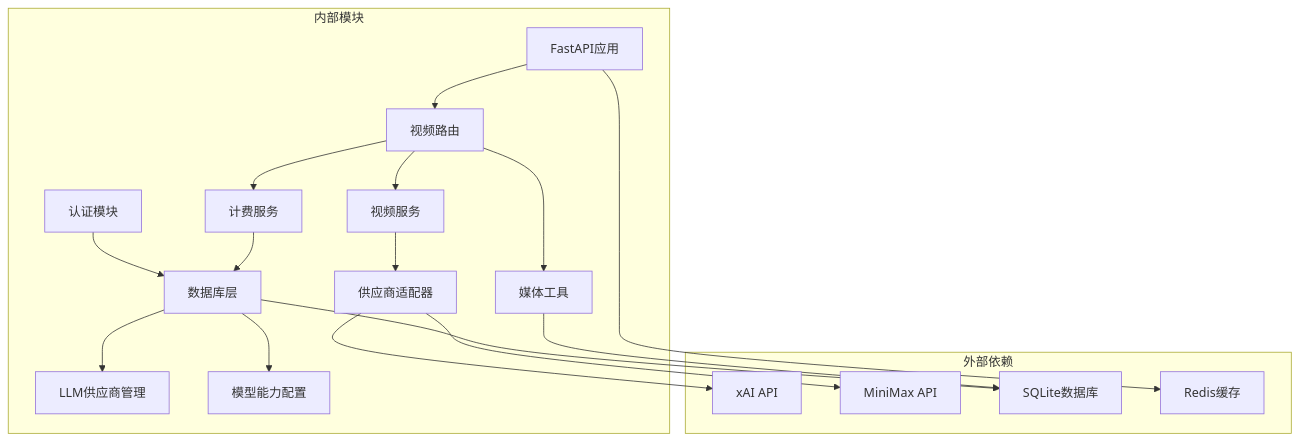
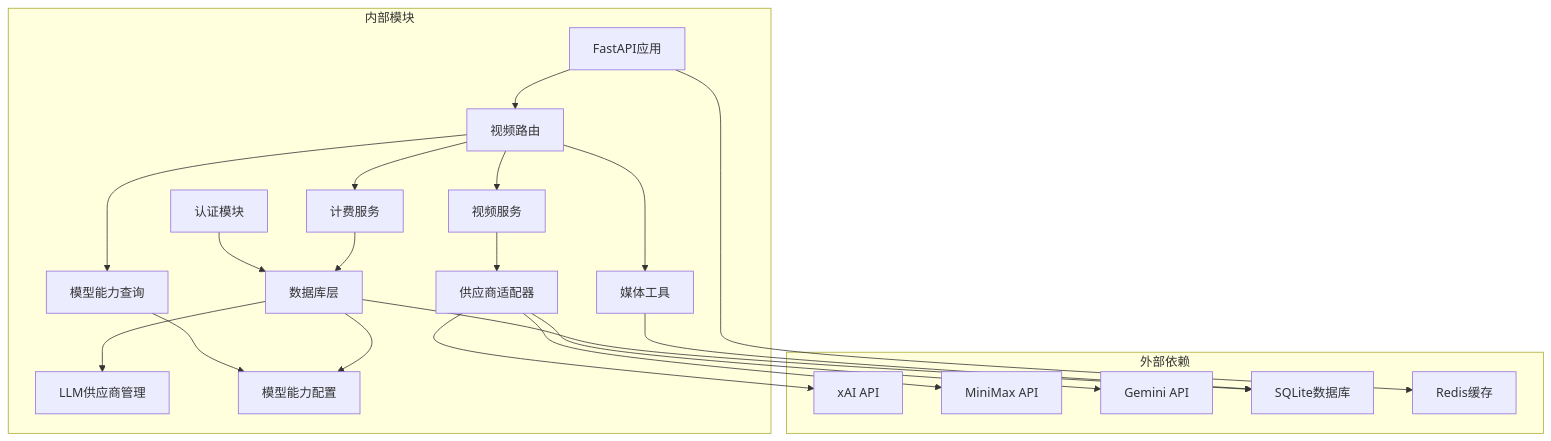
Before and after one commit to KunLabAI/KunFlix: diagram 11 of 12 in .qoder/repowiki/zh/content/API接口文档/视频生成API文档.md, drawn with Mermaid. The commit also changed other lines of this file and 11 other files, not shown here.

````diff
--- a/.qoder/repowiki/zh/content/API接口文档/视频生成API文档.md
+++ b/.qoder/repowiki/zh/content/API接口文档/视频生成API文档.md
@@ -699,35 +722,40 @@
 ```mermaid
 graph TB
 subgraph "外部依赖"
 A[xAI API]
 B[MiniMax API]
-C[SQLite数据库]
-D[Redis缓存]
+C[Gemini API]
+D[SQLite数据库]
+E[Redis缓存]
 end
 subgraph "内部模块"
-E[FastAPI应用]
-F[视频路由]
-G[视频服务]
-H[计费服务]
-I[媒体工具]
-J[认证模块]
-K[数据库层]
-L[LLM供应商管理]
-M[供应商适配器]
-N[模型能力配置]
+F[FastAPI应用]
+G[视频路由]
+H[视频服务]
+I[计费服务]
+J[媒体工具]
+K[认证模块]
+L[数据库层]
+M[LLM供应商管理]
+N[供应商适配器]
+O[模型能力配置]
+P[模型能力查询]
 end
-E --> F
 F --> G
-F --> H
-F --> I
-G --> M
-M --> A
-M --> B
-H --> K
-I --> C
-J --> K
-K --> C
+G --> H
+G --> I
+G --> J
+H --> N
+N --> A
+N --> B
+N --> C
+I --> L
+J --> D
 K --> L
-K --> N
-E --> D
+L --> D
+L --> M
+L --> O
+F --> E
+G --> P
+P --> O
 ```
````
